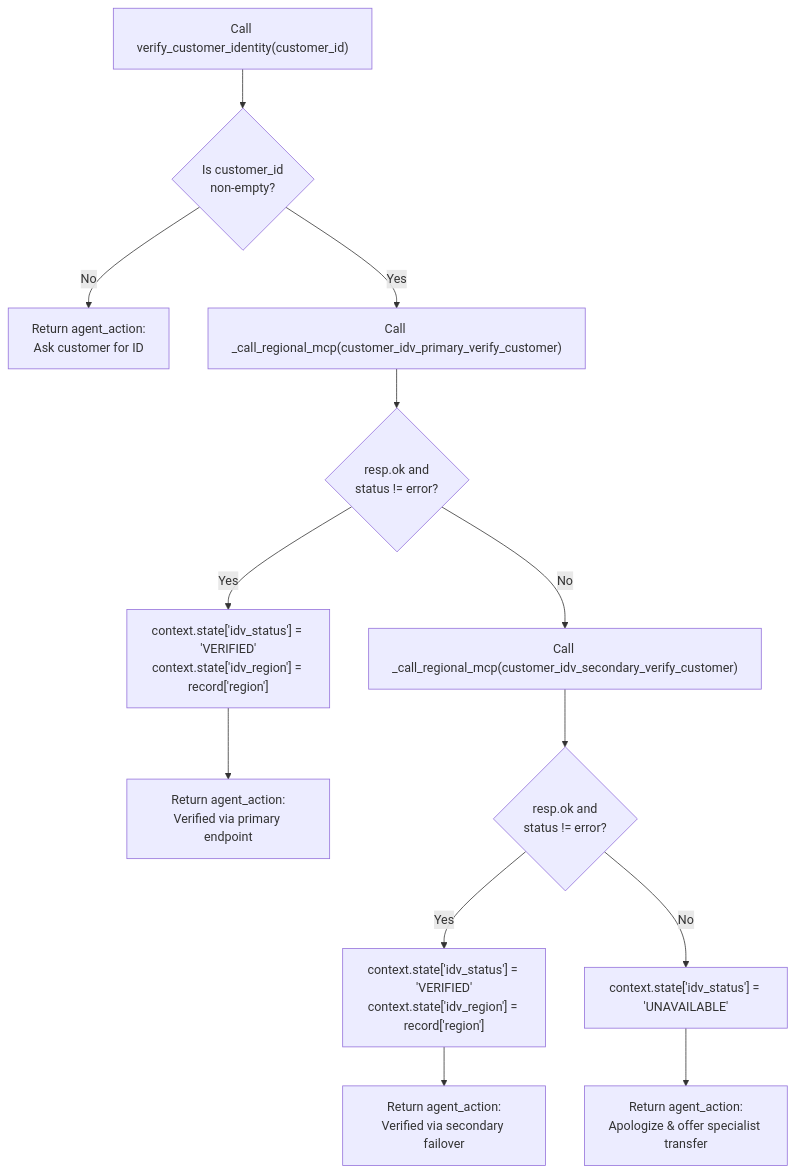
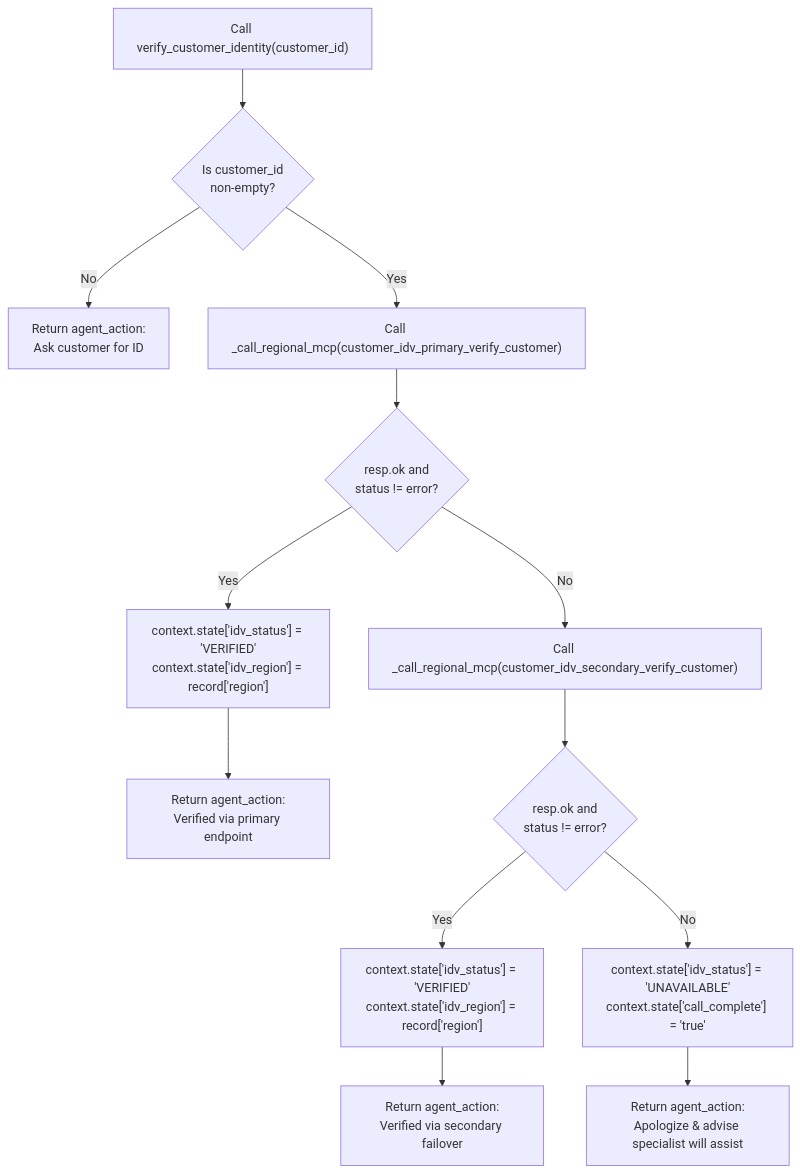
One commit to oliviervg1/gecx-mcp-a2a-vpcsc changed the diagram in docs/tools/verify_customer_identity.md. Above: the diagram before and after it, drawn with Mermaid. The commit also changed other lines of this file and 51 other files, not shown here.

````diff
--- a/docs/tools/verify_customer_identity.md
+++ b/docs/tools/verify_customer_identity.md
@@ -22,15 +22,15 @@
 ```mermaid
 flowchart TD
     Start["Call verify_customer_identity(customer_id)"] --> CheckID{"Is customer_id<br/>non-empty?"}
     CheckID -- "No" --> AskID["Return agent_action:<br/>Ask customer for ID"]
     CheckID -- "Yes" --> CallPrimary["Call _call_regional_mcp(customer_idv_primary_verify_customer)"]
     CallPrimary --> CheckPrimary{"resp.ok and<br/>status != error?"}
     CheckPrimary -- "Yes" --> SavePrimary["context.state['idv_status'] = 'VERIFIED'<br/>context.state['idv_region'] = record['region']"]
     SavePrimary --> ReturnPrimary["Return agent_action:<br/>Verified via primary endpoint"]
     CheckPrimary -- "No" --> CallSecondary["Call _call_regional_mcp(customer_idv_secondary_verify_customer)"]
     CallSecondary --> CheckSecondary{"resp.ok and<br/>status != error?"}
     CheckSecondary -- "Yes" --> SaveSecondary["context.state['idv_status'] = 'VERIFIED'<br/>context.state['idv_region'] = record['region']"]
     SaveSecondary --> ReturnSecondary["Return agent_action:<br/>Verified via secondary failover"]
-    CheckSecondary -- "No" --> SaveUnavailable["context.state['idv_status'] = 'UNAVAILABLE'"]
-    SaveUnavailable --> ReturnFallback["Return agent_action:<br/>Apologize & offer specialist transfer"]
+    CheckSecondary -- "No" --> SaveUnavailable["context.state['idv_status'] = 'UNAVAILABLE'<br/>context.state['call_complete'] = 'true'"]
+    SaveUnavailable --> ReturnFallback["Return agent_action:<br/>Apologize & advise specialist will assist"]
 ```
````
